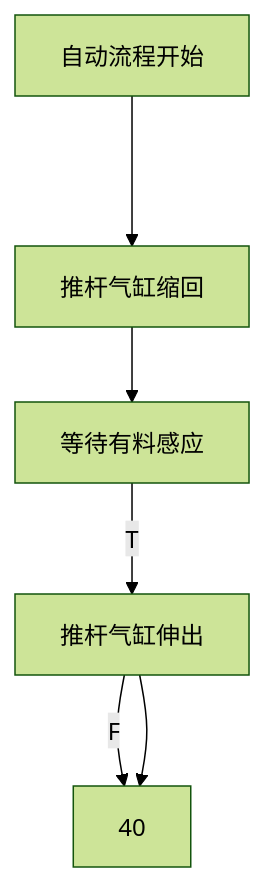
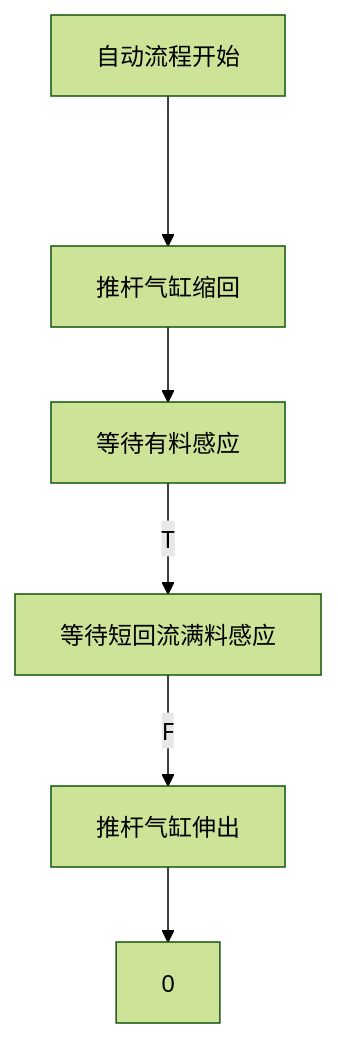
The diagram in all/未命名.md (zmq000/iodraw-files), drawn with Mermaid (forest theme) before and after one commit.

Commit message:
2026-06-17 20:51:04 update

````diff
--- a/all/未命名.md
+++ b/all/未命名.md
@@ -1,8 +1,8 @@
 ```mermaid
 graph TD
 自动流程开始--->10
 10[推杆气缸缩回]-->20
 20[等待有料感应]-->|T|30
 30[等待短回流满料感应]-->|F|40
-30[推杆气缸伸出]-->40
+40[推杆气缸伸出]-->0
 ```
````
